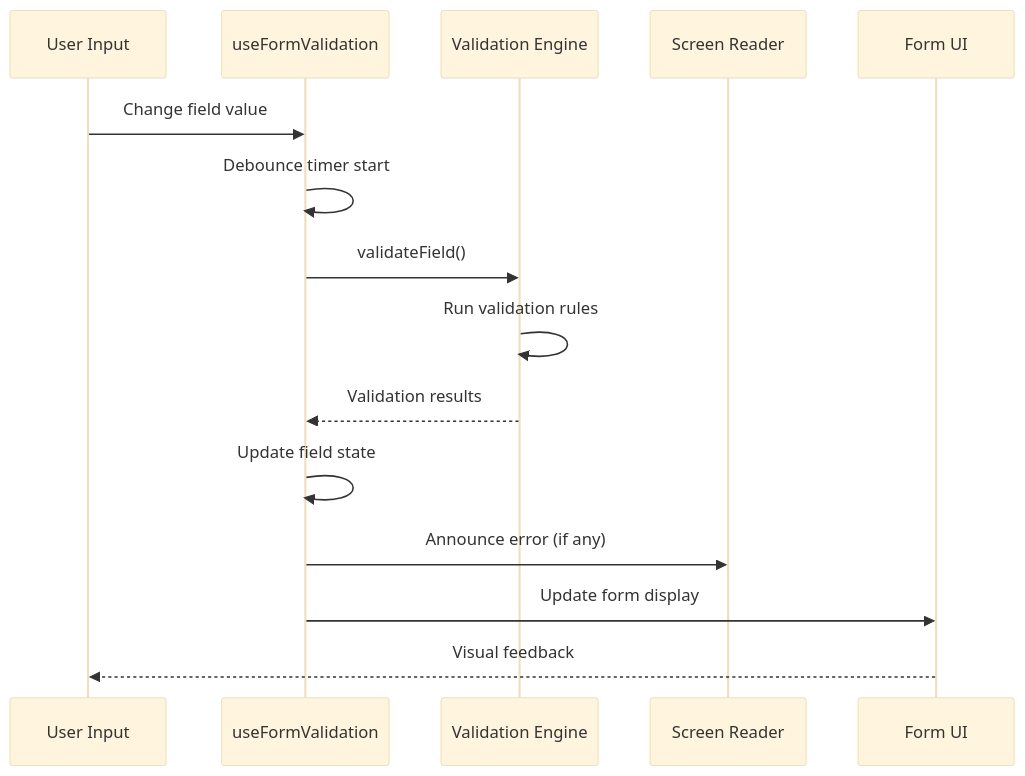
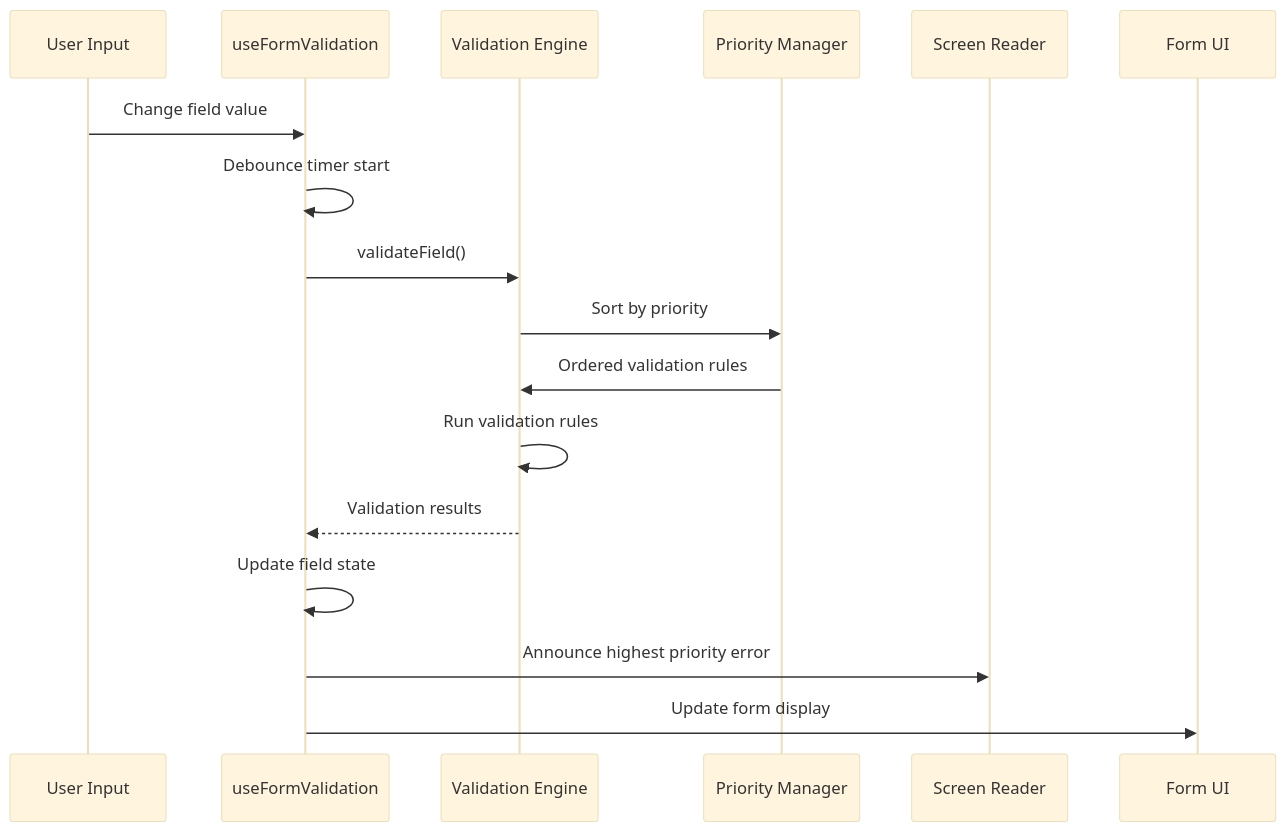
One commit to geniusdynamics/schoolpilot changed the fifth of 12 diagrams in .qoder/repowiki/en/content/Core Systems/Form Hooks System.md. Above: the diagram before and after it, drawn with Mermaid (base theme). The commit also changed other lines of this file and 6 other files, not shown here.

````diff
--- a/.qoder/repowiki/en/content/Core Systems/Form Hooks System.md
+++ b/.qoder/repowiki/en/content/Core Systems/Form Hooks System.md
@@ -176,17 +232,19 @@
 ```mermaid
 sequenceDiagram
 participant User as User Input
 participant Hook as useFormValidation
 participant Validator as Validation Engine
+participant Priority as Priority Manager
 participant ScreenReader as Screen Reader
 participant UI as Form UI
 User->>Hook : Change field value
 Hook->>Hook : Debounce timer start
 Hook->>Validator : validateField()
+Validator->>Priority : Sort by priority
+Priority->>Validator : Ordered validation rules
 Validator->>Validator : Run validation rules
 Validator-->>Hook : Validation results
 Hook->>Hook : Update field state
-Hook->>ScreenReader : Announce error (if any)
+Hook->>ScreenReader : Announce highest priority error
 Hook->>UI : Update form display
-UI-->>User : Visual feedback
 ```
````
